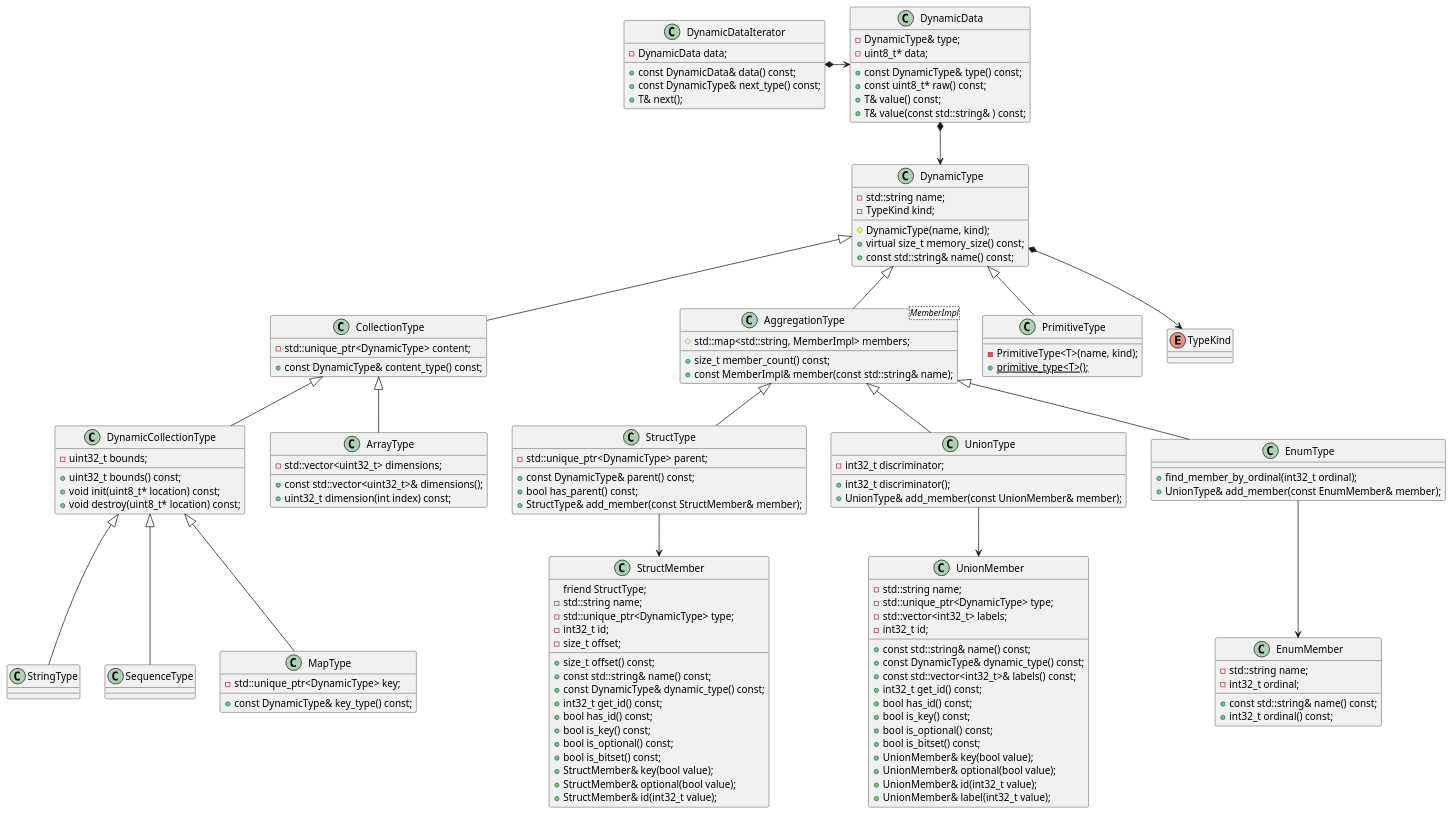
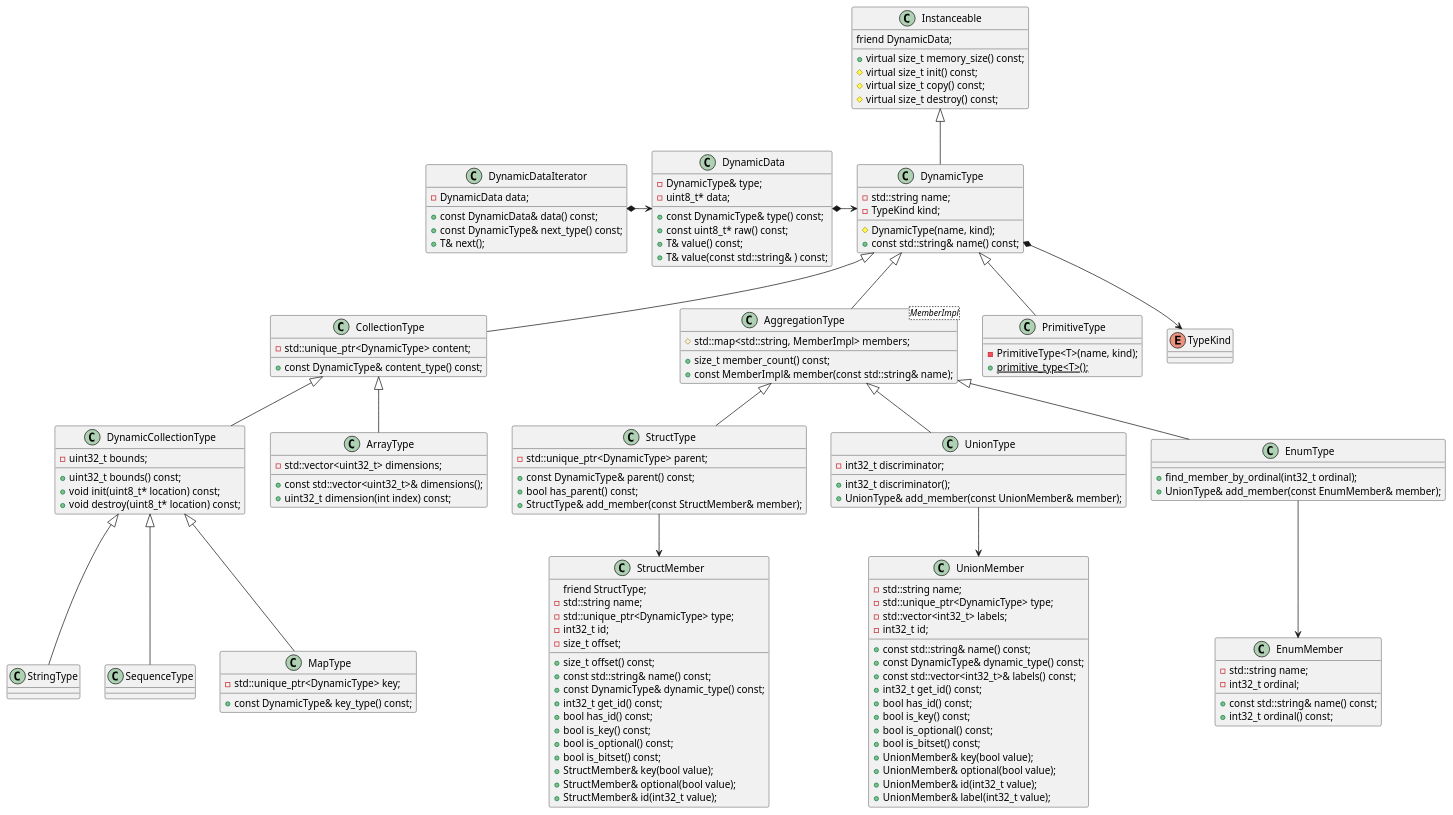
One commit to eProsima/xtypes changed the diagram in doc/dds-core-xtypes/DynamicType.puml. Above: the diagram before and after it, drawn with PlantUML. The commit also changed 10 other files, not shown here.

Commit message:
Added init, copy and destroy concepts over DynamicType/Data.

```diff
--- a/doc/dds-core-xtypes/DynamicType.puml
+++ b/doc/dds-core-xtypes/DynamicType.puml
@@ -1,158 +1,165 @@
 @startuml
+DynamicType -up-|> Instanceable
 
 PrimitiveType -up-|> DynamicType
 AggregationType -up-|> DynamicType
 CollectionType -up-|> DynamicType
 
 StructType -up-|> AggregationType
 UnionType -up-|> AggregationType
 EnumType -up-|> AggregationType
 
 ArrayType -up-|> CollectionType
 DynamicCollectionType -up-|> CollectionType
 
 StringType -up-|> DynamicCollectionType
 SequenceType -up-|> DynamicCollectionType
 MapType -up-|> DynamicCollectionType
 
 DynamicType *--> TypeKind
 
-DynamicData *--> DynamicType
+DynamicData *-right-> DynamicType
 DynamicDataIterator *-right-> DynamicData
 
 StructType --> StructMember
 UnionType --> UnionMember
 EnumType --> EnumMember
 
+class Instanceable {
+    friend DynamicData;
+    + virtual size_t memory_size() const;
+    # virtual size_t init() const;
+    # virtual size_t copy() const;
+    # virtual size_t destroy() const;
+}
 class DynamicType {
     - std::string name;
     - TypeKind kind;
     # DynamicType(name, kind);
-    + virtual size_t memory_size() const;
     + const std::string& name() const;
 }
 
 enum TypeKind {
 }
 
 class PrimitiveType {
     - PrimitiveType<T>(name, kind);
     + {static} primitive_type<T>();
 }
 
 class AggregationType<MemberImpl> {
     # std::map<std::string, MemberImpl> members;
     + size_t member_count() const;
     + const MemberImpl& member(const std::string& name);
 }
 
 class UnionMember {
     - std::string name;
     - std::unique_ptr<DynamicType> type;
     - std::vector<int32_t> labels;
     - int32_t id;
     + const std::string& name() const;
     + const DynamicType& dynamic_type() const;
     + const std::vector<int32_t>& labels() const;
     + int32_t get_id() const;
     + bool has_id() const;
     + bool is_key() const;
     + bool is_optional() const;
     + bool is_bitset() const;
     + UnionMember& key(bool value);
     + UnionMember& optional(bool value);
     + UnionMember& id(int32_t value);
     + UnionMember& label(int32_t value);
 }
 
 class EnumMember {
     - std::string name;
     - int32_t ordinal;
     + const std::string& name() const;
     + int32_t ordinal() const;
 }
 
 class StructMember {
     friend StructType;
     - std::string name;
     - std::unique_ptr<DynamicType> type;
     - int32_t id;
     - size_t offset;
     + size_t offset() const;
     + const std::string& name() const;
     + const DynamicType& dynamic_type() const;
     + int32_t get_id() const;
     + bool has_id() const;
     + bool is_key() const;
     + bool is_optional() const;
     + bool is_bitset() const;
     + StructMember& key(bool value);
     + StructMember& optional(bool value);
     + StructMember& id(int32_t value);
 }
 
 class StructType {
     - std::unique_ptr<DynamicType> parent;
     + const DynamicType& parent() const;
     + bool has_parent() const;
     + StructType& add_member(const StructMember& member);
 }
 
 class UnionType {
     - int32_t discriminator;
     + int32_t discriminator();
     + UnionType& add_member(const UnionMember& member);
 }
 
 class EnumType {
     + find_member_by_ordinal(int32_t ordinal);
     + UnionType& add_member(const EnumMember& member);
 }
 
 class CollectionType {
     - std::unique_ptr<DynamicType> content;
     + const DynamicType& content_type() const;
 }
 
 class ArrayType {
     - std::vector<uint32_t> dimensions;
     + const std::vector<uint32_t>& dimensions();
     + uint32_t dimension(int index) const;
 }
 
 class DynamicCollectionType {
     - uint32_t bounds;
     + uint32_t bounds() const;
     + void init(uint8_t* location) const;
     + void destroy(uint8_t* location) const;
 }
 
 class StringType {
 }
 
 class SequenceType {
 }
 
 class MapType {
     - std::unique_ptr<DynamicType> key;
     + const DynamicType& key_type() const;
 }
 
 class DynamicData {
     - DynamicType& type;
     - uint8_t* data;
 
     + const DynamicType& type() const;
     + const uint8_t* raw() const;
     + T& value() const;
     + T& value(const std::string& ) const;
 }
 
 class DynamicDataIterator {
     - DynamicData data;
     + const DynamicData& data() const;
     + const DynamicType& next_type() const;
     + T& next();
 }
 
 @enduml
```
